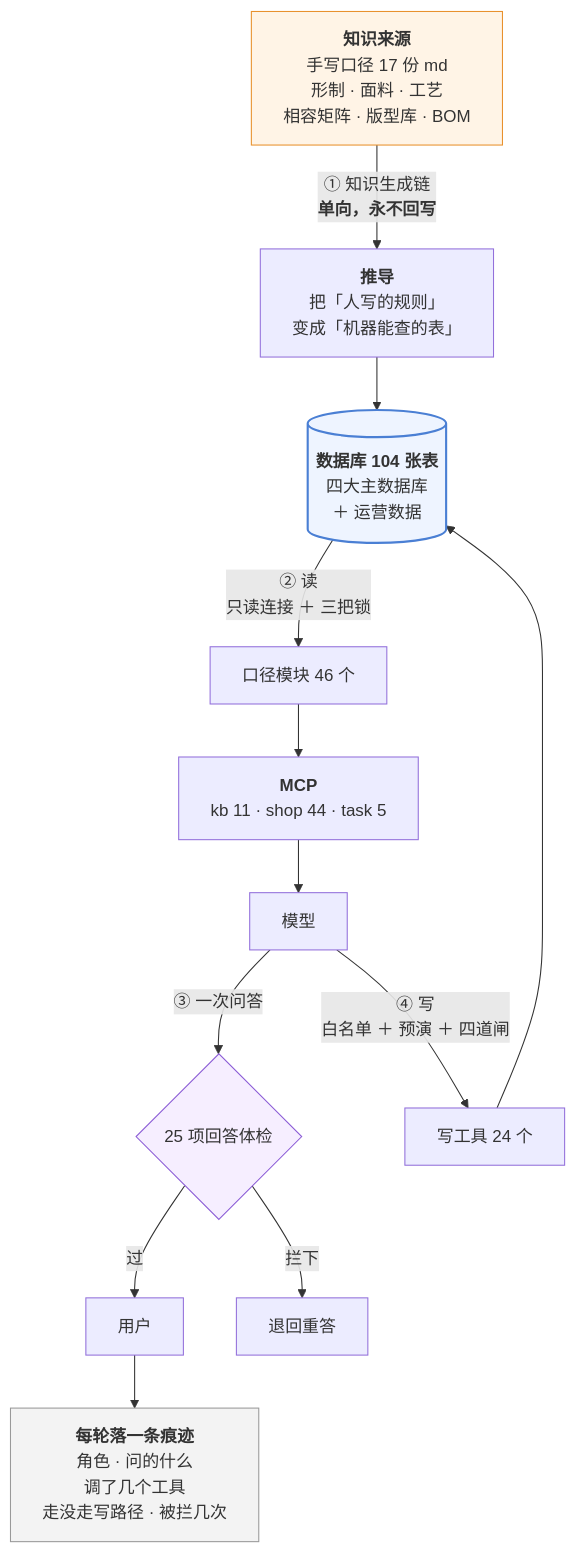
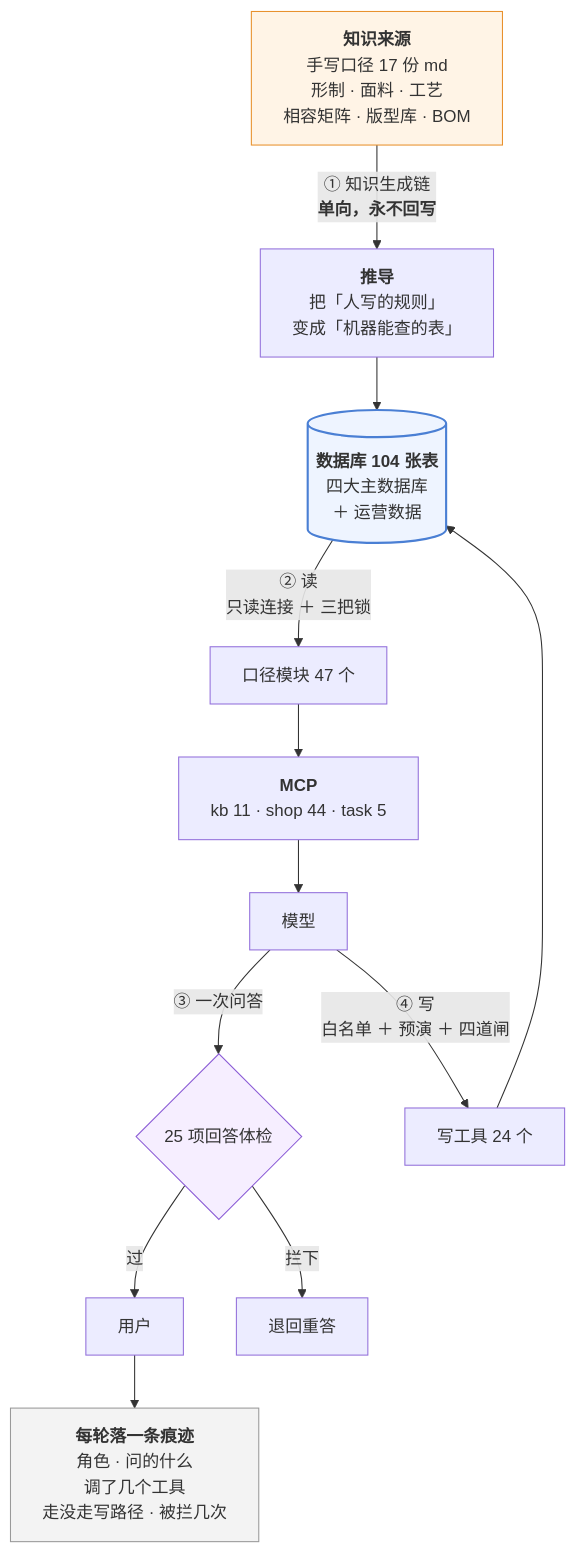
One commit to 843773296-rgb/lanxiu-yunshang-agent changed the third of 3 diagrams in 澜绣云裳agent-产品说明.md. Above: the diagram before and after it, drawn with Mermaid. The commit also changed other lines of this file and 14 other files, not shown here.

````diff
--- a/澜绣云裳agent-产品说明.md
+++ b/澜绣云裳agent-产品说明.md
@@ -940,24 +940,24 @@
 ```mermaid
 flowchart TD
     MD["<b>知识来源</b><br/>手写口径 17 份 md<br/>形制 · 面料 · 工艺<br/>相容矩阵 · 版型库 · BOM"]
     MD -->|"① 知识生成链<br/><b>单向，永不回写</b>"| DV["<b>推导</b><br/>把「人写的规则」<br/>变成「机器能查的表」"]
     DV --> DB[("<b>数据库 104 张表</b><br/>四大主数据库<br/>＋ 运营数据")]
 
-    DB -->|"② 读<br/>只读连接 ＋ 三把锁"| KJ["口径模块 46 个"]
+    DB -->|"② 读<br/>只读连接 ＋ 三把锁"| KJ["口径模块 47 个"]
     KJ --> MCP["<b>MCP</b><br/>kb 11 · shop 44 · task 5"]
     MCP --> LLM["模型"]
 
     LLM -->|"③ 一次问答"| GD{"25 项回答体检"}
     GD -- 过 --> U["用户"]
     GD -- 拦下 --> RE["退回重答"]
 
     LLM -->|"④ 写<br/>白名单 ＋ 预演 ＋ 四道闸"| W["写工具 24 个"]
     W --> DB
 
     U --> TR["<b>每轮落一条痕迹</b><br/>角色 · 问的什么<br/>调了几个工具<br/>走没走写路径 · 被拦几次"]
 
     style MD fill:#fff4e6,stroke:#e8912d
     style DB fill:#eef4ff,stroke:#4a7fd4,stroke-width:2px
     style GD fill:#f6eeff,stroke:#8b5cd6
     style TR fill:#f3f3f3,stroke:#999
 ```
````
